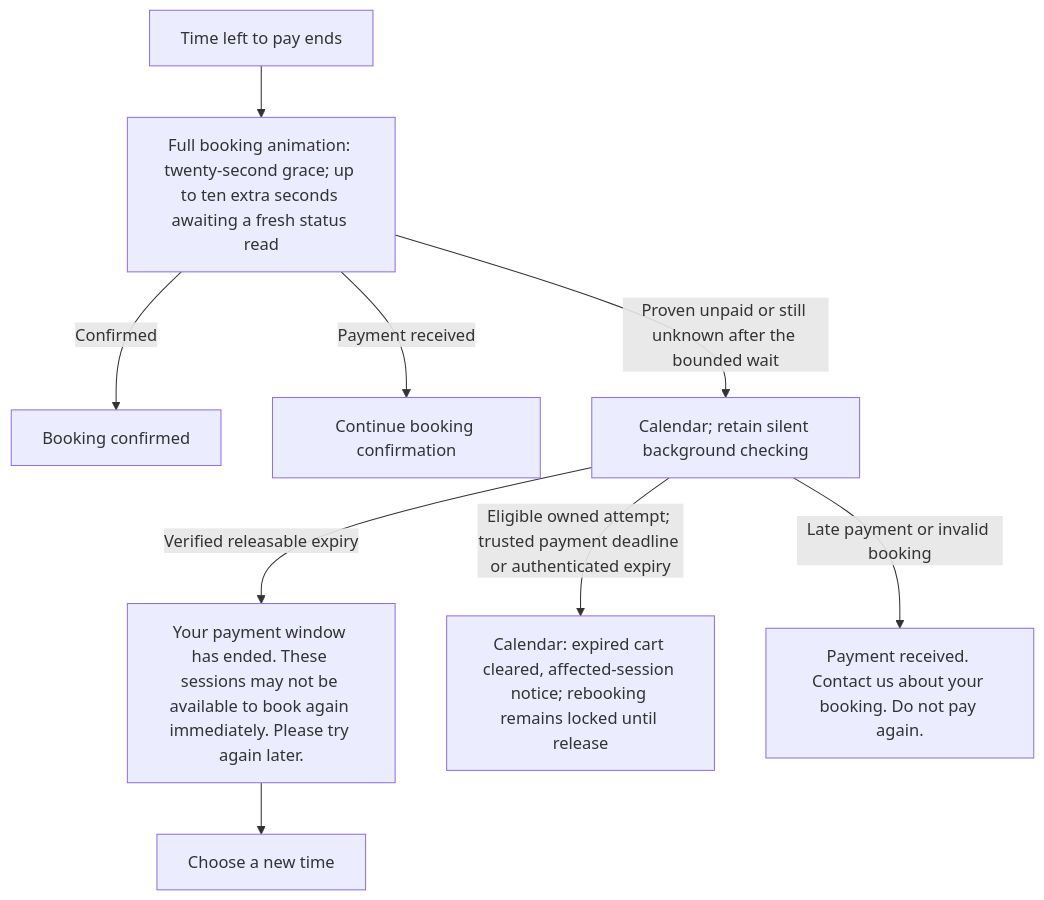
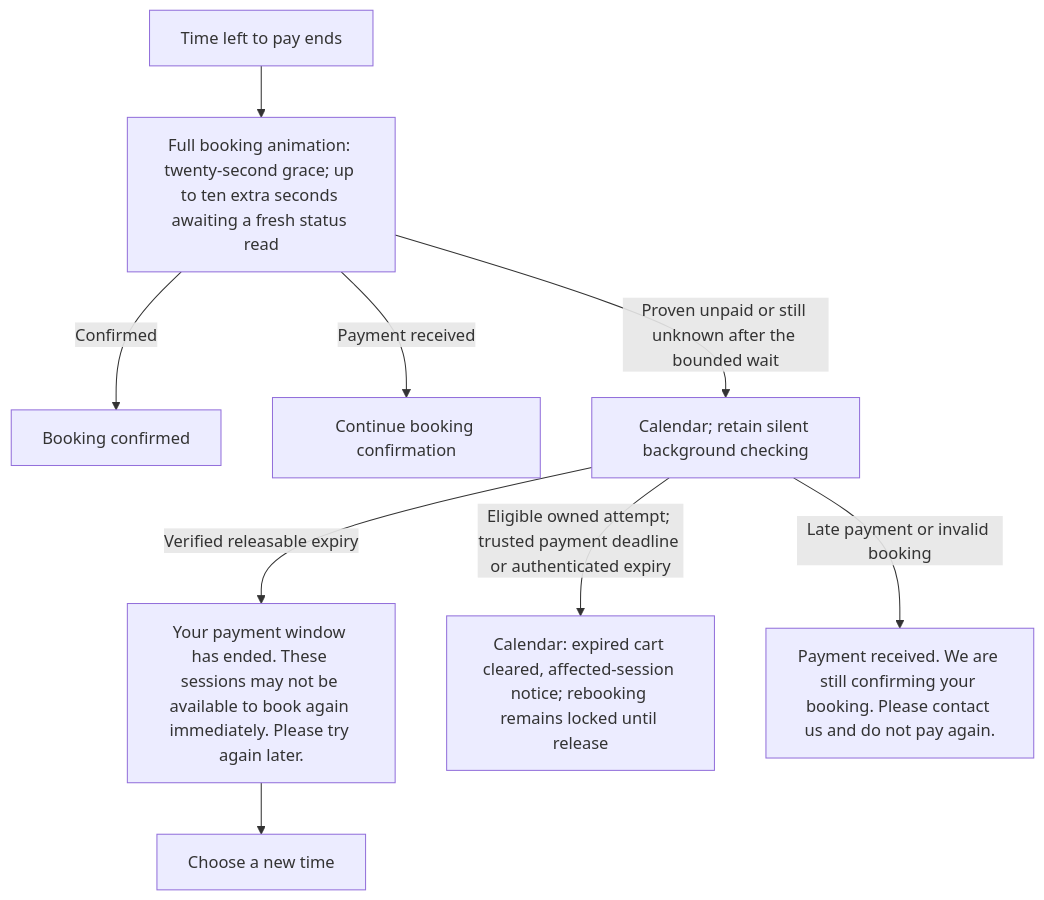
Before and after one commit to soccerbotstudiosg/soccerbotstudioSG: diagram 13 of 19 in docs/booking-flows.md, drawn with Mermaid. The commit also changed other lines of this file and 36 other files, not shown here.

````diff
--- a/docs/booking-flows.md
+++ b/docs/booking-flows.md
@@ -236,11 +238,11 @@
 ```mermaid
 flowchart TD
   A["Time left to pay ends"] --> W["Full booking animation: twenty-second grace; up to ten extra seconds awaiting a fresh status read"]
   W -->|Confirmed| H["Booking confirmed"]
   W -->|Payment received| P["Continue booking confirmation"]
   W -->|Proven unpaid or still unknown after the bounded wait| B["Calendar; retain silent background checking"]
   B -->|Verified releasable expiry| C["Your payment window has ended. These sessions may not be available to book again immediately. Please try again later."]
   B -->|Eligible owned attempt; trusted payment deadline or authenticated expiry| D["Calendar: expired cart cleared, affected-session notice; rebooking remains locked until release"]
-  B -->|Late payment or invalid booking| E["Payment received. Contact us about your booking. Do not pay again."]
+  B -->|Late payment or invalid booking| E["Payment received. We are still confirming your booking. Please contact us and do not pay again."]
   C --> F["Choose a new time"]
 ```
````
